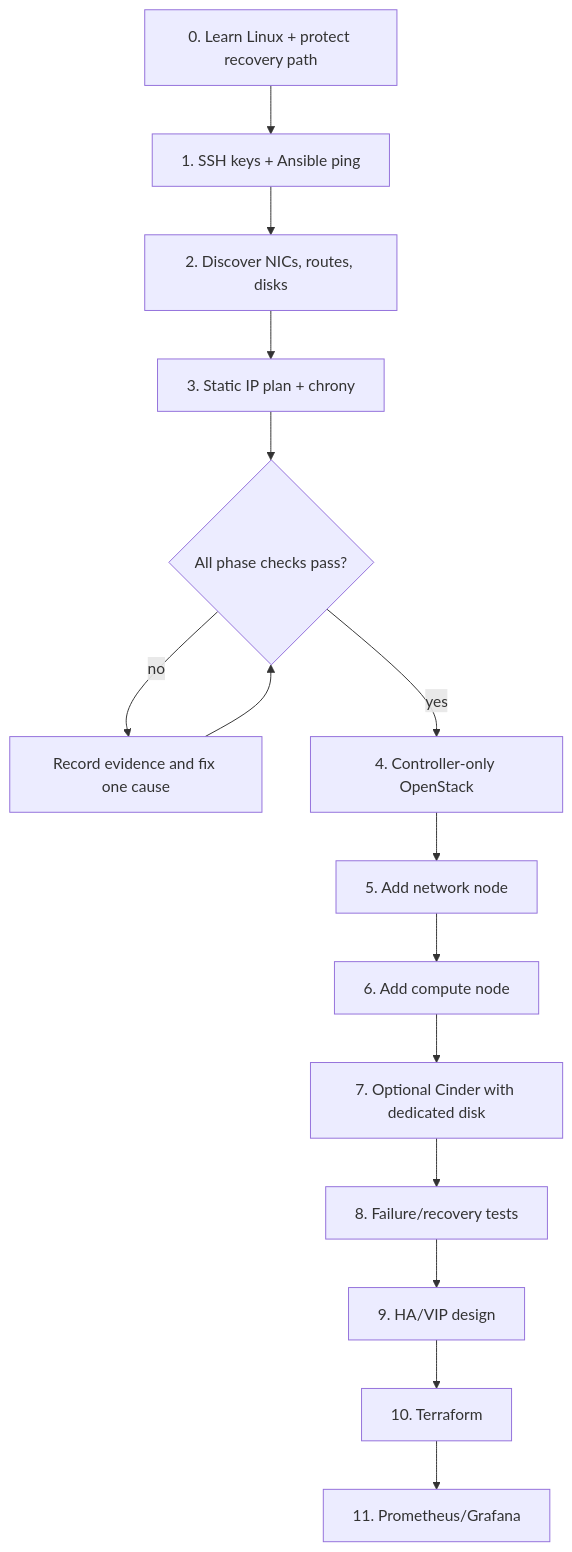
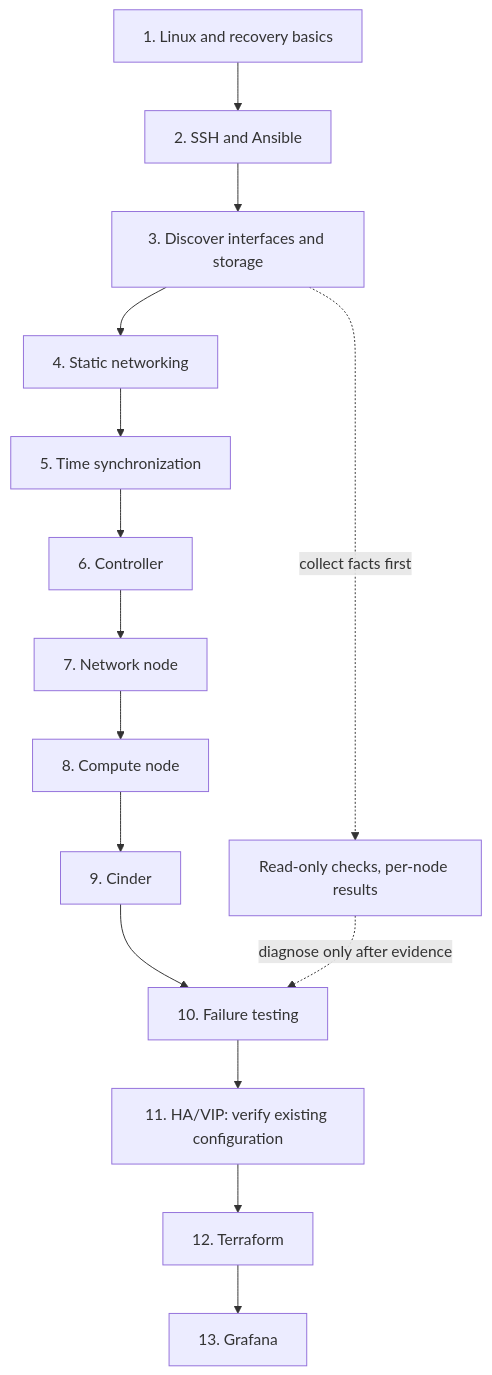
One commit to DinosaurKeys/openstack-lab changed the diagram in docs/architecture.md. Above: the diagram before and after it, drawn with Mermaid. The commit also changed other lines of this file and 5 other files, not shown here.

````diff
--- a/docs/architecture.md
+++ b/docs/architecture.md
@@ -57,17 +66,17 @@
 ```mermaid
 flowchart TD
-  A[0. Learn Linux + protect recovery path] --> B[1. SSH keys + Ansible ping]
-  B --> C[2. Discover NICs, routes, disks]
-  C --> D[3. Static IP plan + chrony]
-  D --> E{All phase checks pass?}
-  E -- no --> F[Record evidence and fix one cause]
-  F --> E
-  E -- yes --> G[4. Controller-only OpenStack]
-  G --> H[5. Add network node]
-  H --> I[6. Add compute node]
-  I --> J[7. Optional Cinder with dedicated disk]
-  J --> K[8. Failure/recovery tests]
-  K --> L[9. HA/VIP design]
-  L --> M[10. Terraform]
-  M --> N[11. Prometheus/Grafana]
+  A[1. Linux and recovery basics] --> B[2. SSH and Ansible]
+  B --> C[3. Discover interfaces and storage]
+  C --> D[4. Static networking]
+  D --> E[5. Time synchronization]
+  E --> F[6. Controller]
+  F --> G[7. Network node]
+  G --> H[8. Compute node]
+  H --> I[9. Cinder]
+  I --> J[10. Failure testing]
+  J --> K[11. HA/VIP: verify existing configuration]
+  K --> L[12. Terraform]
+  L --> M[13. Grafana]
+  C -. collect facts first .-> N[Read-only checks, per-node results]
+  N -. diagnose only after evidence .-> J
 ```
````
